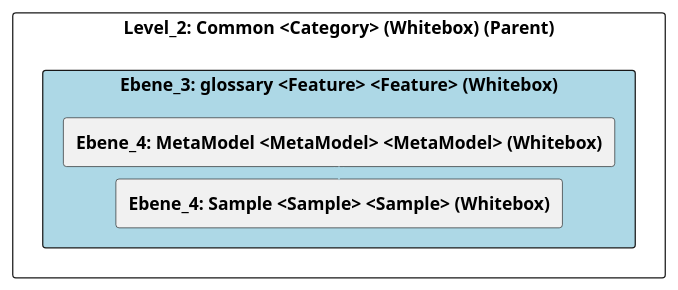
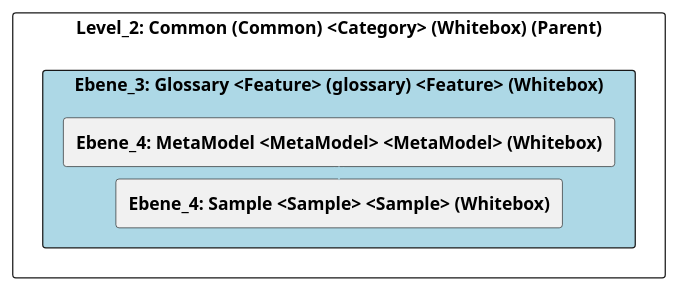
The diagram in doc/cleonproject_deliverables_architecture_model_architecture/adoc/de/05_bausteinsicht/cleon/common/glossary/ebene_3_glossary.adoc (marcozwyssig/cleon), drawn with PlantUML before and after one commit. The commit also changed other lines of this file and 166 other files, not shown here.

```diff
--- a/doc/cleonproject_deliverables_architecture_model_architecture/adoc/de/05_bausteinsicht/cleon/common/glossary/ebene_3_glossary.adoc
+++ b/doc/cleonproject_deliverables_architecture_model_architecture/adoc/de/05_bausteinsicht/cleon/common/glossary/ebene_3_glossary.adoc
@@ -20,28 +20,28 @@
-[plantuml, Ebene_3: glossary <Feature> <Feature> (Whitebox)BlockOverview, format="svg"]
+[plantuml, Ebene_3: Glossary <Feature> (glossary) <Feature> (Whitebox)BlockOverview, format="svg"]
 ----
-@startuml Ebene_3: glossary <Feature> <Feature> (Whitebox)BuildingBlockOverview
+@startuml Ebene_3: Glossary <Feature> (glossary) <Feature> (Whitebox)BuildingBlockOverview
 
 skinparam ranksep 10
 skinparam componentStyle rectangle
 skinparam shadowing false
 skinparam arrowColor lightblue
 skinparam arrowThickness 1.2
 skinparam rectangle {
   BackgroundColor White
   BorderColor #333
   RoundCorner 10
 }
 top to bottom direction
 
-component "Level_2: Common <Category> (Whitebox) (Parent)" {
-    component "Ebene_3: glossary <Feature> <Feature> (Whitebox)" #lightblue {
+component "Level_2: Common (Common) <Category> (Whitebox) (Parent)" {
+    component "Ebene_3: Glossary <Feature> (glossary) <Feature> (Whitebox)" #lightblue {
         [**Ebene_4: MetaModel <MetaModel> <MetaModel> (Whitebox)**] as 4A570579_D579_11EE_903E_9F564E4DE07E
         [**Ebene_4: Sample <Sample> <Sample> (Whitebox)**] as 4A57057A_D579_11EE_903E_9F564E4DE07E
     }
 
     4A570579_D579_11EE_903E_9F564E4DE07E -down-> 4A57057A_D579_11EE_903E_9F564E4DE07E
     
 }
 
 @enduml
 ----
```
